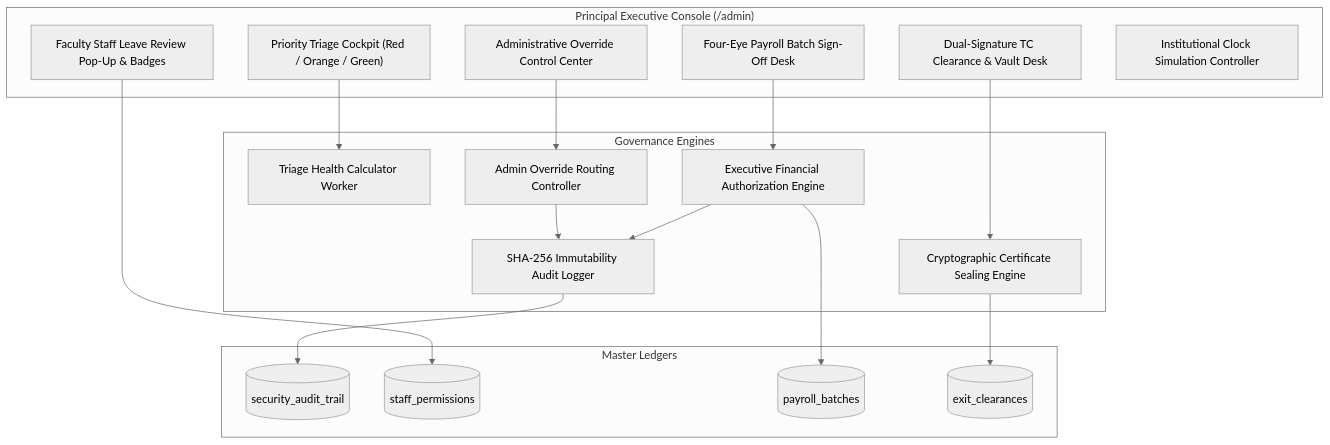
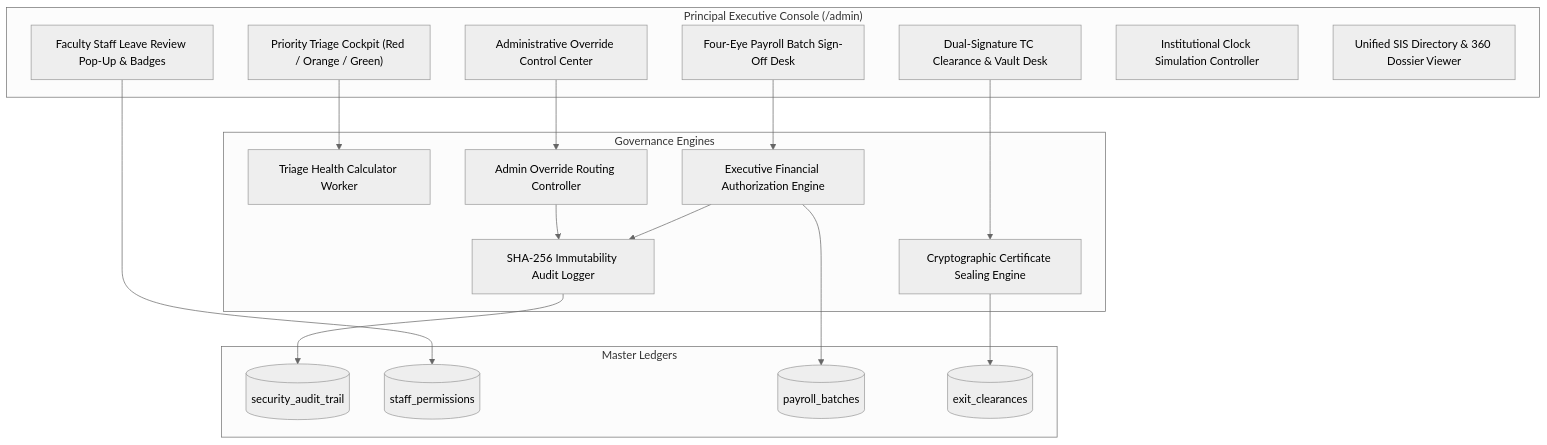
The ninth of 19 diagrams in docs/architecture/ROLE_WISE_ARCHITECTURE_AND_WORKFLOWS.md (DiradzProducts/EDU360), drawn with Mermaid (neutral theme) before and after one commit. The commit also changed other lines of this file and 67 other files, not shown here.

````diff
--- a/docs/architecture/ROLE_WISE_ARCHITECTURE_AND_WORKFLOWS.md
+++ b/docs/architecture/ROLE_WISE_ARCHITECTURE_AND_WORKFLOWS.md
@@ -386,33 +400,34 @@
 ```mermaid
 graph TD
     subgraph AdminConsole ["Principal Executive Console (/admin)"]
         UI_TRIAGE["Priority Triage Cockpit (Red / Orange / Green)"]
         UI_OVERRIDE_PANEL["Administrative Override Control Center"]
         UI_LEAVE_WIDGET["Faculty Staff Leave Review Pop-Up & Badges"]
         UI_PAYROLL_AUTH["Four-Eye Payroll Batch Sign-Off Desk"]
         UI_TC_VAULT["Dual-Signature TC Clearance & Vault Desk"]
         UI_CLOCK_SIM["Institutional Clock Simulation Controller"]
+        UI_SIS_DIR["Unified SIS Directory & 360 Dossier Viewer"]
     end
 
     subgraph AdminEngines ["Governance Engines"]
         TRIAGE_CALC["Triage Health Calculator Worker"]
         OVERRIDE_EXEC["Admin Override Routing Controller"]
         PAYROLL_SIGNER["Executive Financial Authorization Engine"]
         SEAL_SERVICE["Cryptographic Certificate Sealing Engine"]
         AUDIT_LOGGER["SHA-256 Immutability Audit Logger"]
     end
 
     subgraph AdminLedgers ["Master Ledgers"]
         DB_AUDIT[("security_audit_trail")]
         DB_STAFF_LEAVES[("staff_permissions")]
         DB_PAYROLL[("payroll_batches")]
         DB_CLEARANCE[("exit_clearances")]
     end
 
     UI_TRIAGE --> TRIAGE_CALC
     UI_OVERRIDE_PANEL --> OVERRIDE_EXEC --> AUDIT_LOGGER --> DB_AUDIT
     UI_LEAVE_WIDGET --> DB_STAFF_LEAVES
     UI_PAYROLL_AUTH --> PAYROLL_SIGNER --> DB_PAYROLL
     PAYROLL_SIGNER --> AUDIT_LOGGER
     UI_TC_VAULT --> SEAL_SERVICE --> DB_CLEARANCE
 ```
````
